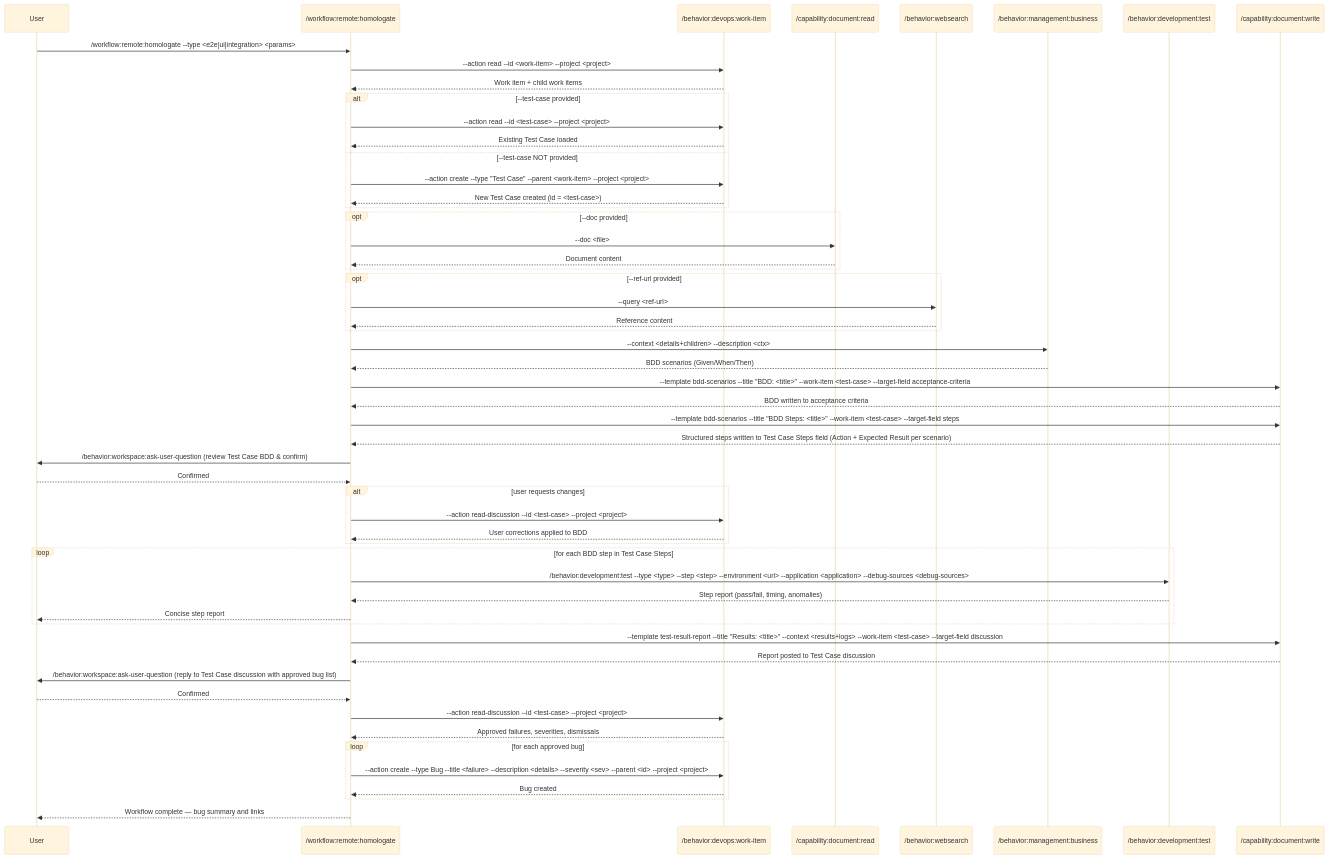
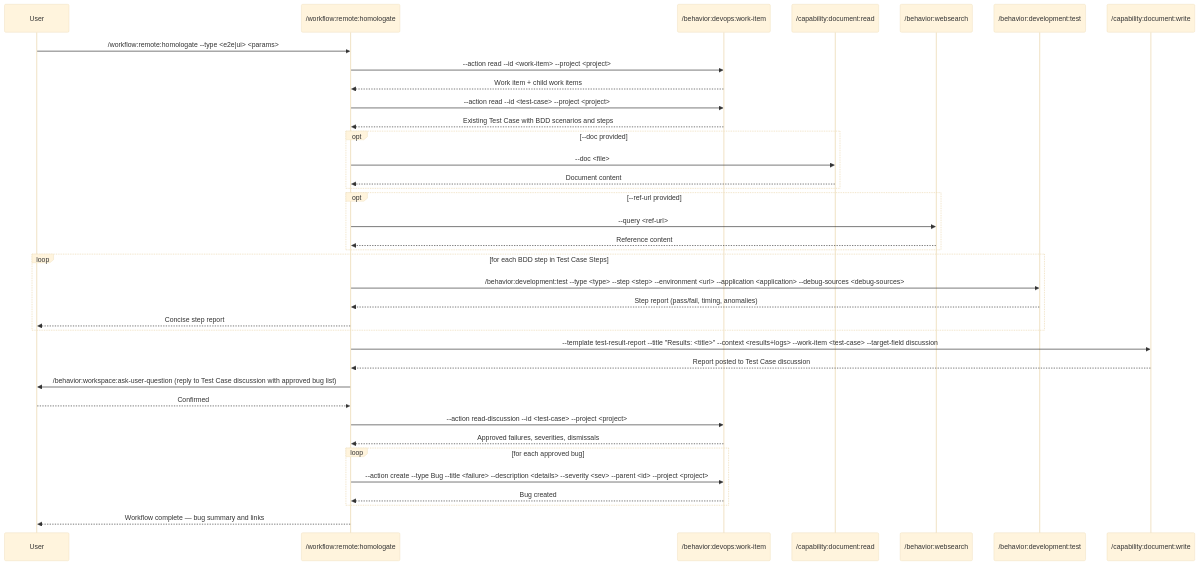
Before and after one commit to zzaia/zzaia-agentic-workspace: the diagram in .claude/commands/workflow/remote/homologate.md, drawn with Mermaid (base theme). The commit also changed other lines of this file and 1 other file, not shown here.

Commit message:
Improving the homologate work flow logic;

````diff
--- a/.claude/commands/workflow/remote/homologate.md
+++ b/.claude/commands/workflow/remote/homologate.md
@@ -148,58 +115,40 @@
 ```mermaid
 sequenceDiagram
     participant U as User
     participant W as /workflow:remote:homologate
     participant WI as /behavior:devops:work-item
     participant DR as /capability:document:read
     participant WS as /behavior:websearch
-    participant BDD as /behavior:management:business
     participant TST as /behavior:development:test
     participant DW as /capability:document:write
 
-    U->>W: /workflow:remote:homologate --type <e2e|ui|integration> <params>
+    U->>W: /workflow:remote:homologate --type <e2e|ui> <params>
     W->>WI: --action read --id <work-item> --project <project>
     WI-->>W: Work item + child work items
-    alt --test-case provided
-        W->>WI: --action read --id <test-case> --project <project>
-        WI-->>W: Existing Test Case loaded
-    else --test-case NOT provided
-        W->>WI: --action create --type "Test Case" --parent <work-item> --project <project>
-        WI-->>W: New Test Case created (id = <test-case>)
-    end
+    W->>WI: --action read --id <test-case> --project <project>
+    WI-->>W: Existing Test Case with BDD scenarios and steps
     opt --doc provided
         W->>DR: --doc <file>
         DR-->>W: Document content
     end
     opt --ref-url provided
         W->>WS: --query <ref-url>
         WS-->>W: Reference content
-    end
-    W->>BDD: --context <details+children> --description <ctx>
-    BDD-->>W: BDD scenarios (Given/When/Then)
-    W->>DW: --template bdd-scenarios --title "BDD: <title>" --work-item <test-case> --target-field acceptance-criteria
-    DW-->>W: BDD written to acceptance criteria
-    W->>DW: --template bdd-scenarios --title "BDD Steps: <title>" --work-item <test-case> --target-field steps
-    DW-->>W: Structured steps written to Test Case Steps field (Action + Expected Result per scenario)
-    W->>U: /behavior:workspace:ask-user-question (review Test Case BDD & confirm)
-    U-->>W: Confirmed
-    alt user requests changes
-        W->>WI: --action read-discussion --id <test-case> --project <project>
-        WI-->>W: User corrections applied to BDD
     end
     loop for each BDD step in Test Case Steps
         W->>TST: /behavior:development:test --type <type> --step <step> --environment <url> --application <application> --debug-sources <debug-sources>
         TST-->>W: Step report (pass/fail, timing, anomalies)
         W-->>U: Concise step report
     end
     W->>DW: --template test-result-report --title "Results: <title>" --context <results+logs> --work-item <test-case> --target-field discussion
     DW-->>W: Report posted to Test Case discussion
     W->>U: /behavior:workspace:ask-user-question (reply to Test Case discussion with approved bug list)
     U-->>W: Confirmed
     W->>WI: --action read-discussion --id <test-case> --project <project>
     WI-->>W: Approved failures, severities, dismissals
     loop for each approved bug
         W->>WI: --action create --type Bug --title <failure> --description <details> --severity <sev> --parent <id> --project <project>
         WI-->>W: Bug created
     end
     W-->>U: Workflow complete — bug summary and links
 ```
````
